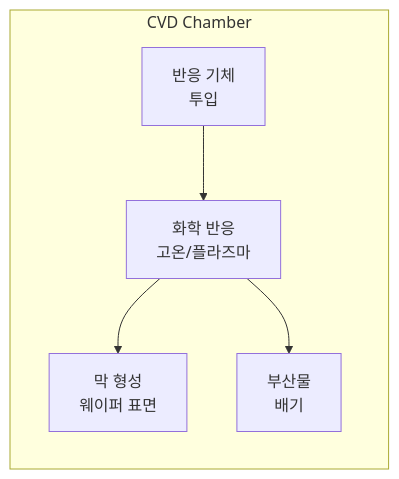
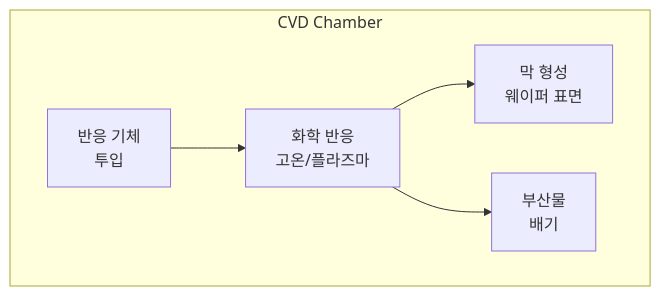
One commit to j-h-suh/semi-handbook changed the first of 2 diagrams in content/01_04_산화와_증착.md. Above: the diagram before and after it, drawn with Mermaid. The commit also changed other lines of this file and 13 other files, not shown here.

First line of the commit message:
refactor: 마크다운 렌더링 파이프라인 개선 및 1.4 챕터 다이어그램 추가

````diff
--- a/content/01_04_산화와_증착.md
+++ b/content/01_04_산화와_증착.md
@@ -75,8 +73,9 @@
 ```mermaid
 flowchart LR
     subgraph CVD Chamber
+        direction LR
         G[반응 기체<br/>투입] --> R[화학 반응<br/>고온/플라즈마]
         R --> F[막 형성<br/>웨이퍼 표면]
         R --> E[부산물<br/>배기]
     end
 ```
````
